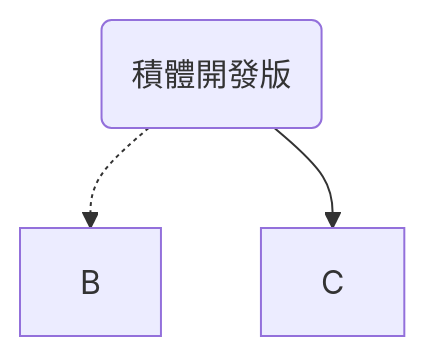
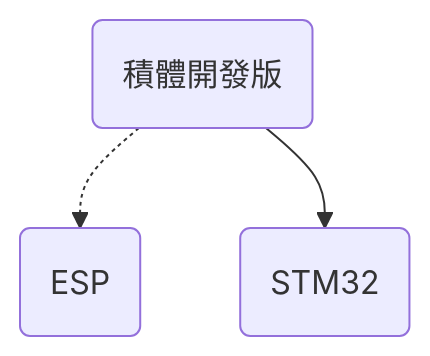
The diagram in _posts/2021-09-30-jekyll.md (hkdickyko/hkdickyko.github.io), drawn with Mermaid before and after one commit.

```diff
--- a/_posts/2021-09-30-jekyll.md
+++ b/_posts/2021-09-30-jekyll.md
@@ -93,6 +93,8 @@
 <div class="mermaid">
 graph TD;
     A("積體開發版");
+    B(ESP)
+    C(STM32)
     A-.->B;
     A-->C;
 </div>
```
